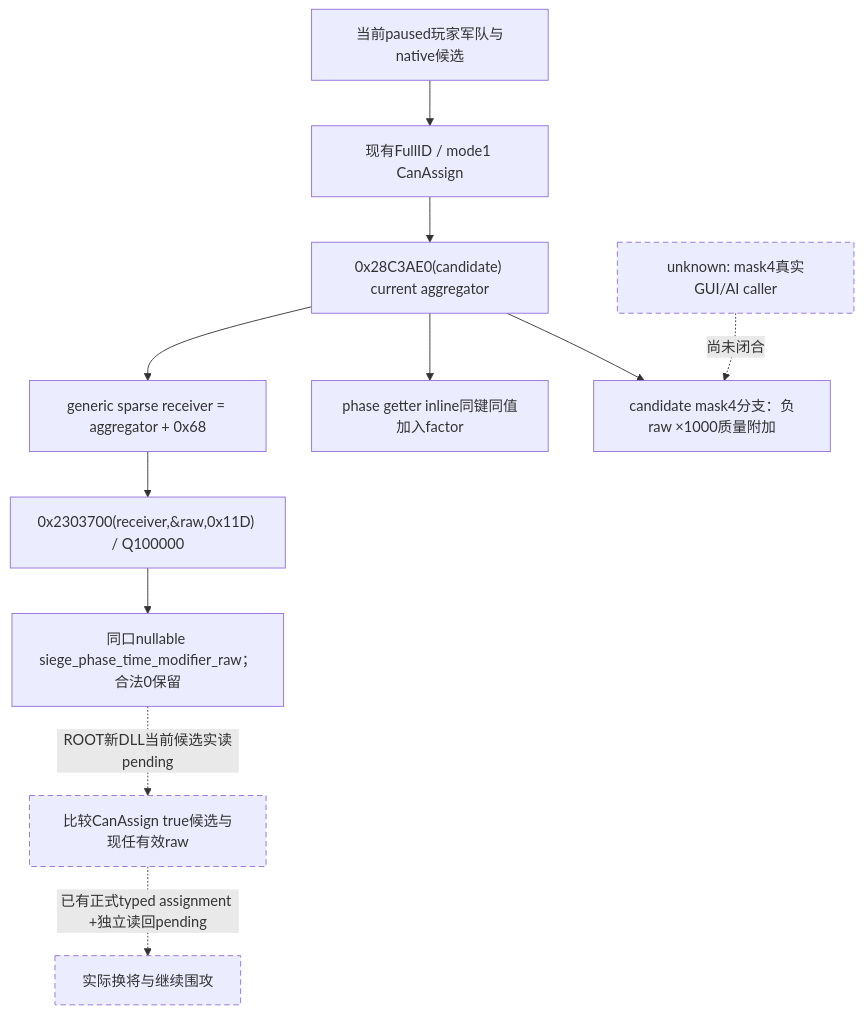
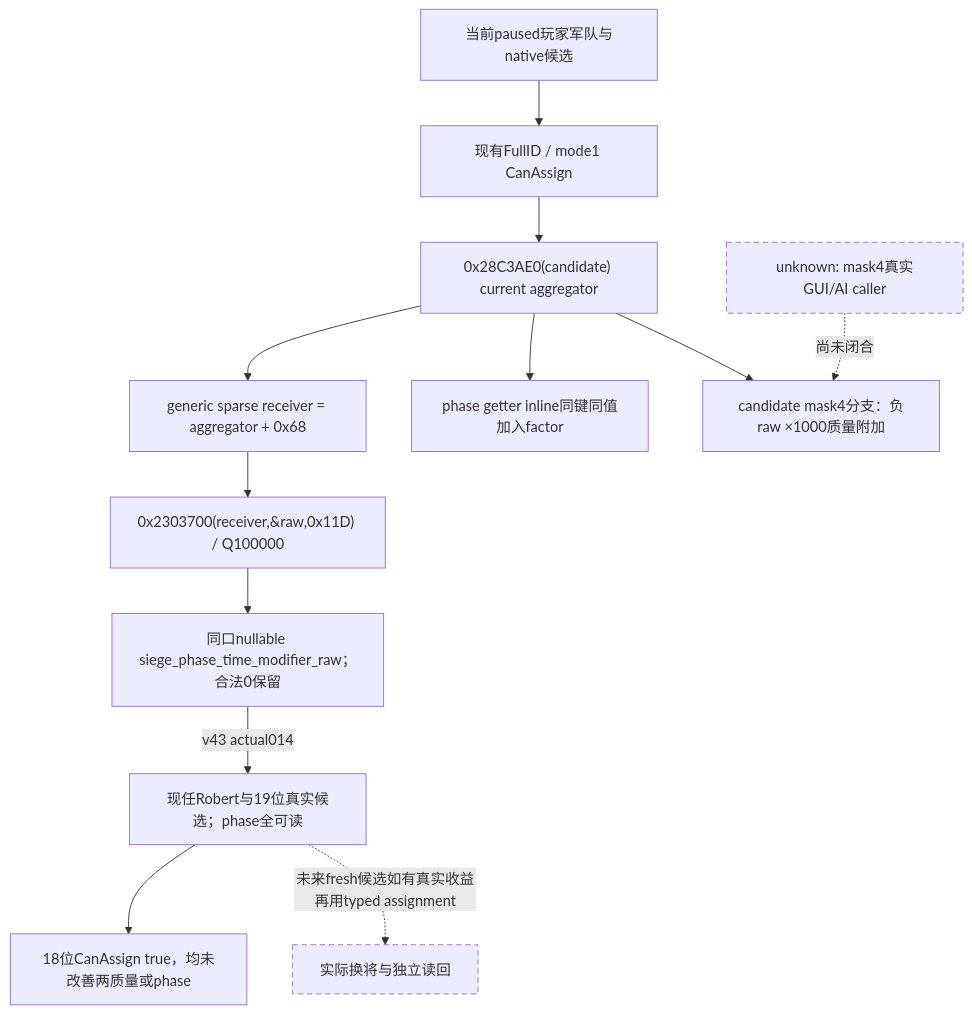
One commit to XenoAmess/ck3_eternal_recurrence changed the second of 2 diagrams in docs/ck3-native-ai/siege-efficiency-inputs-12003.md. Above: the diagram before and after it, drawn with Mermaid. The commit also changed other lines of this file and 7 other files, not shown here.

````diff
--- a/docs/ck3-native-ai/siege-efficiency-inputs-12003.md
+++ b/docs/ck3-native-ai/siege-efficiency-inputs-12003.md
@@ -74,15 +74,16 @@
 ```mermaid
 flowchart TD
     P["当前paused玩家军队与native候选"] --> V["现有FullID / mode1 CanAssign"]
     V --> C["0x28C3AE0(candidate) current aggregator"]
     C --> G["generic sparse receiver = aggregator + 0x68"]
     G --> R["0x2303700(receiver,&raw,0x11D) / Q100000"]
     R --> J["同口nullable siege_phase_time_modifier_raw；合法0保留"]
     C --> F["phase getter inline同键同值加入factor"]
     C --> S["candidate mask4分支：负raw ×1000质量附加"]
     U["unknown: mask4真实GUI/AI caller"] -. "尚未闭合" .-> S
-    J -. "ROOT新DLL当前候选实读pending" .-> A["比较CanAssign true候选与现任有效raw"]
-    A -. "已有正式typed assignment +独立读回pending" .-> L["实际换将与继续围攻"]
+    J -->|v43 actual014| A["现任Robert与19位真实候选；phase全可读"]
+    A --> Q["18位CanAssign true，均未改善两质量或phase"]
+    A -. "未来fresh候选如有真实收益再用typed assignment" .-> L["实际换将与独立读回"]
     classDef unknown stroke-dasharray: 6 4;
-    class U,A,L unknown;
+    class U,L unknown;
 ```
````
